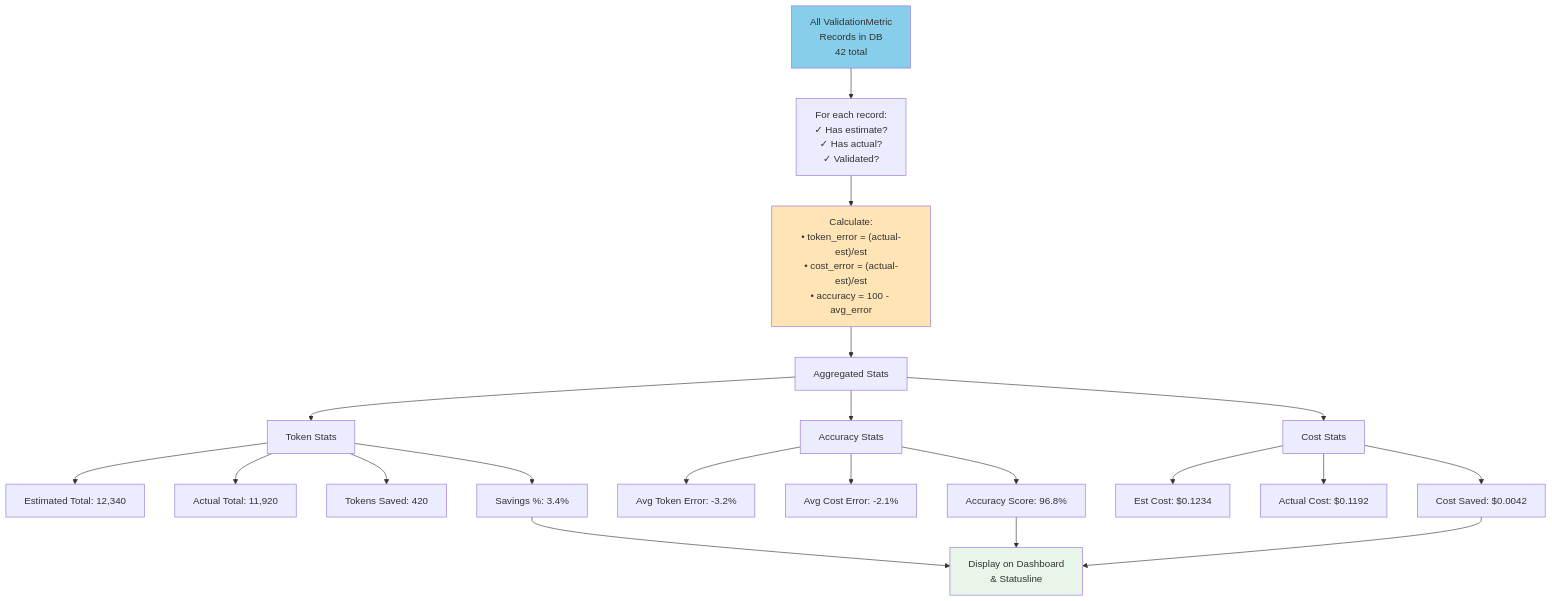
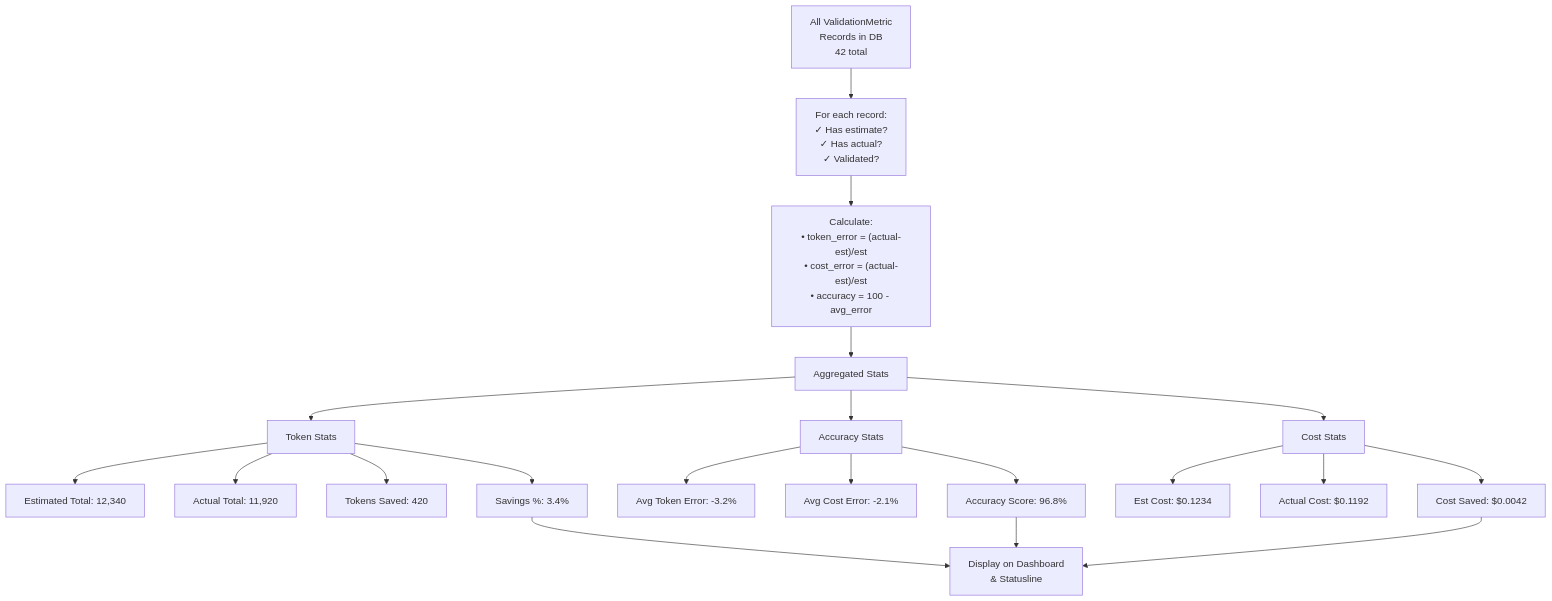
Diagram 12 of 12 in ARCHITECTURE_DIAGRAMS.md (szibis/LLMSentinel), drawn with Mermaid before and after one commit. The commit also changed other lines of this file and 60 other files, not shown here.

````diff
--- a/ARCHITECTURE_DIAGRAMS.md
+++ b/ARCHITECTURE_DIAGRAMS.md
@@ -347,34 +322,31 @@
 ```mermaid
+%%{init: { 'theme': 'auto' } }%%
 graph TB
     Records["All ValidationMetric<br/>Records in DB<br/>42 total"]
     
     Records --> Loop["For each record:<br/>✓ Has estimate?<br/>✓ Has actual?<br/>✓ Validated?"]
     
     Loop --> Calc["Calculate:<br/>• token_error = (actual-est)/est<br/>• cost_error = (actual-est)/est<br/>• accuracy = 100 - avg_error"]
     
     Calc --> Stats["Aggregated Stats"]
     
     Stats --> S1["Token Stats"]
     S1 --> S1A["Estimated Total: 12,340"]
     S1 --> S1B["Actual Total: 11,920"]
     S1 --> S1C["Tokens Saved: 420"]
     S1 --> S1D["Savings %: 3.4%"]
     
     Stats --> S2["Accuracy Stats"]
     S2 --> S2A["Avg Token Error: -3.2%"]
     S2 --> S2B["Avg Cost Error: -2.1%"]
     S2 --> S2C["Accuracy Score: 96.8%"]
     
     Stats --> S3["Cost Stats"]
     S3 --> S3A["Est Cost: $0.1234"]
     S3 --> S3B["Actual Cost: $0.1192"]
     S3 --> S3C["Cost Saved: $0.0042"]
     
     S1D --> Display["Display on Dashboard<br/>& Statusline"]
     S2C --> Display
     S3C --> Display
-    
-    style Records fill:#87CEEB
-    style Calc fill:#FFE4B5
-    style Display fill:#E8F5E9
 ```
````
